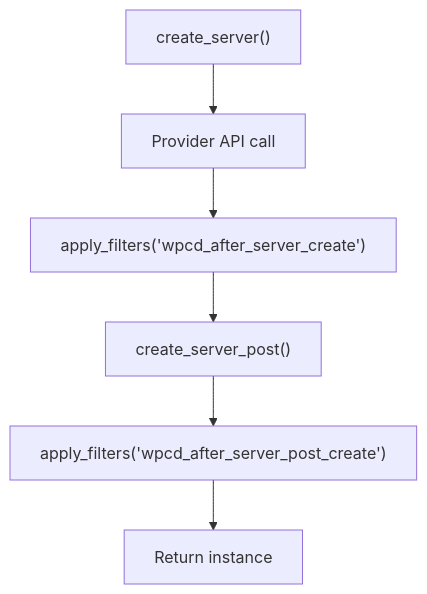
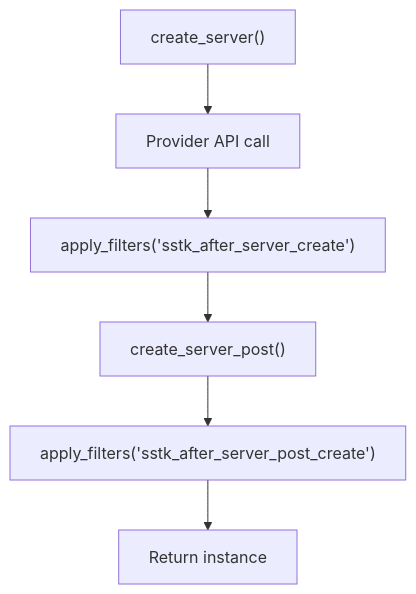
Before and after one commit to onedogsolutions/simple-stack: the fourth of 8 diagrams in .qoder/repowiki/en/content/WordPress Application Engine/Customization & Extension Points/Hook System & Lifecycle Customization.md, drawn with Mermaid. The commit also changed other lines of this file and 5941 other files, not shown here.

````diff
--- a/.qoder/repowiki/en/content/WordPress Application Engine/Customization & Extension Points/Hook System & Lifecycle Customization.md
+++ b/.qoder/repowiki/en/content/WordPress Application Engine/Customization & Extension Points/Hook System & Lifecycle Customization.md
@@ -168,8 +168,8 @@
 ```mermaid
 flowchart TD
 CreateStart["create_server()"] --> ProviderCall["Provider API call"]
-ProviderCall --> AfterCreateFilter["apply_filters('wpcd_after_server_create')"]
+ProviderCall --> AfterCreateFilter["apply_filters('sstk_after_server_create')"]
 AfterCreateFilter --> CreatePost["create_server_post()"]
-CreatePost --> AfterPostFilter["apply_filters('wpcd_after_server_post_create')"]
+CreatePost --> AfterPostFilter["apply_filters('sstk_after_server_post_create')"]
 AfterPostFilter --> ReturnInstance["Return instance"]
 ```
````
